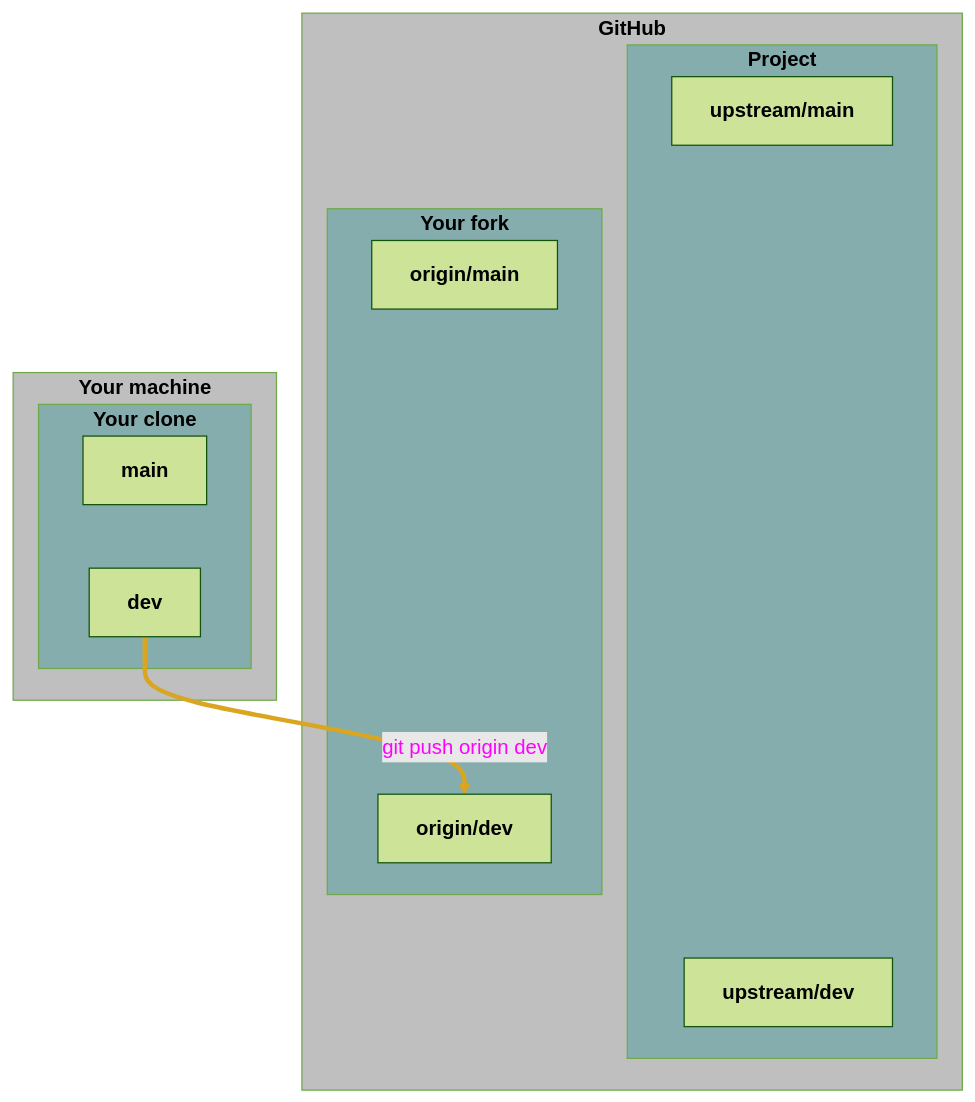
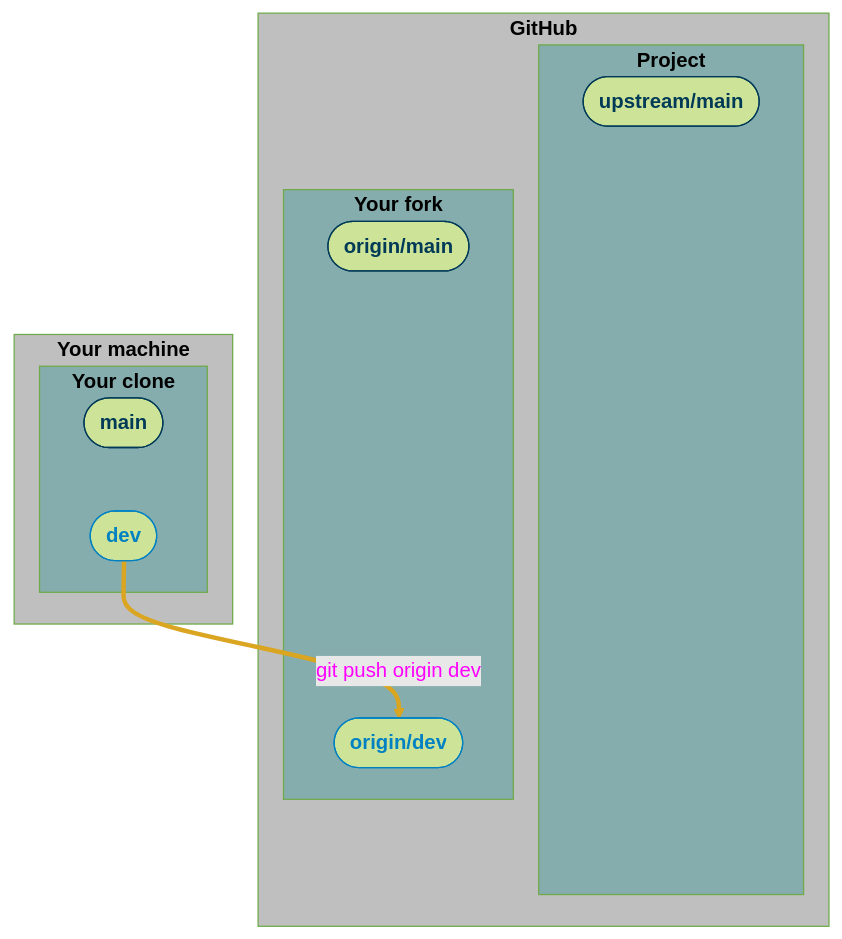
Before and after one commit to WestDRI/arc-training: the eighth of 12 diagrams in git/col_pr.qmd, drawn with Mermaid (forest theme). The commit also changed other lines of this file, not shown here.

Commit message:
improve GitHub PR workflow mermaid diagrams

````diff
--- a/git/col_pr.qmd
+++ b/git/col_pr.qmd
@@ -395,45 +458,48 @@
 ```{mermaid}
 %%| echo: false
 flowchart TD
-  subgraph gh["<b>GitHub</b>"]
-    subgraph project["<b>Project</b>"]
-      upstream/main["<b>upstream/main</b>"]
-      upstream/dev["<b>upstream/dev</b>"]
+  subgraph gh["<b>GitHub</b>"];
+    subgraph project["<b>Project</b>"];
+      upstream/main(["<b>upstream/main</b>"]);
+      upstream/dev(["<b>upstream/dev</b>"]);
     end
-    subgraph fork["<b>Your fork</b>"]
-      origin/main["<b>origin/main</b>"]
-      origin/dev["<b>origin/dev</b>"]
+    subgraph fork["<b>Your fork</b>"];
+      origin/main(["<b>origin/main</b>"]);
+      origin/dev(["<b>origin/dev</b>"]);
     end
   end
-  subgraph local["<b>Your machine</b>"]
-    subgraph clone["<b>Your clone</b>"]
-      main["<b>main</b>"]
-      dev["<b>dev</b>"]
+  subgraph local["<b>Your machine</b>"];
+    subgraph clone["<b>Your clone</b>"];
+      main(["<b>main</b>"]);
+      dev(["<b>dev</b>"]);
     end
   end
 
+  classDef hidden display: none;
   classDef location fill:#bfbfbf, color:#000;
   class gh location;
   class local location;
   classDef repo fill:#85adad, color:#000;
   class project repo;
   class fork repo;
   class clone repo;
+  classDef branchmain color:#003a57, stroke:#003a57;
+  classDef branchdev color:#0081c2, stroke:#0081c2;
+  class upstream/main branchmain;
+  class upstream/dev hidden;
+  class origin/main branchmain;
+  class origin/dev branchdev;
+  class main branchmain;
+  class dev branchdev;
 
   upstream/main ~~~  origin/main
   origin/main ~~~ main
   upstream/main ~~~ main
   main ~~~ origin/main
   main ~~~ dev
   dev == git push origin dev ==> origin/dev
   origin/dev ~~~ upstream/dev
   upstream/dev ~~~ upstream/main
 
-  linkStyle 0 stroke:YellowGreen;
-  linkStyle 1 stroke:YellowGreen, color:magenta;
-  linkStyle 2 stroke:goldenrod, color:magenta;
-  linkStyle 3 stroke:sienna, color:magenta;
-  linkStyle 4 stroke:goldenrod, color:magenta;
   linkStyle 5 stroke:goldenrod, color:magenta;
-  linkStyle 6 stroke:goldenrod;
 ```
````
